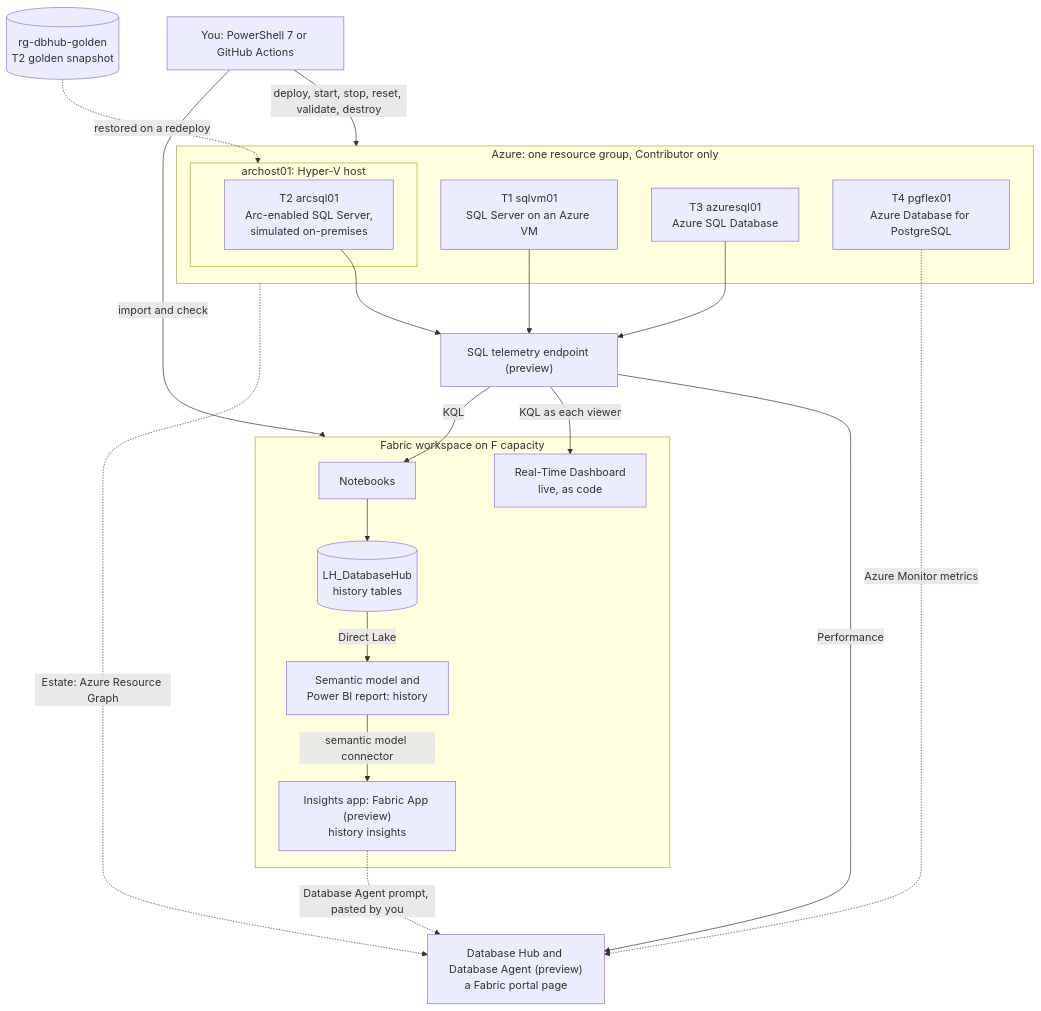
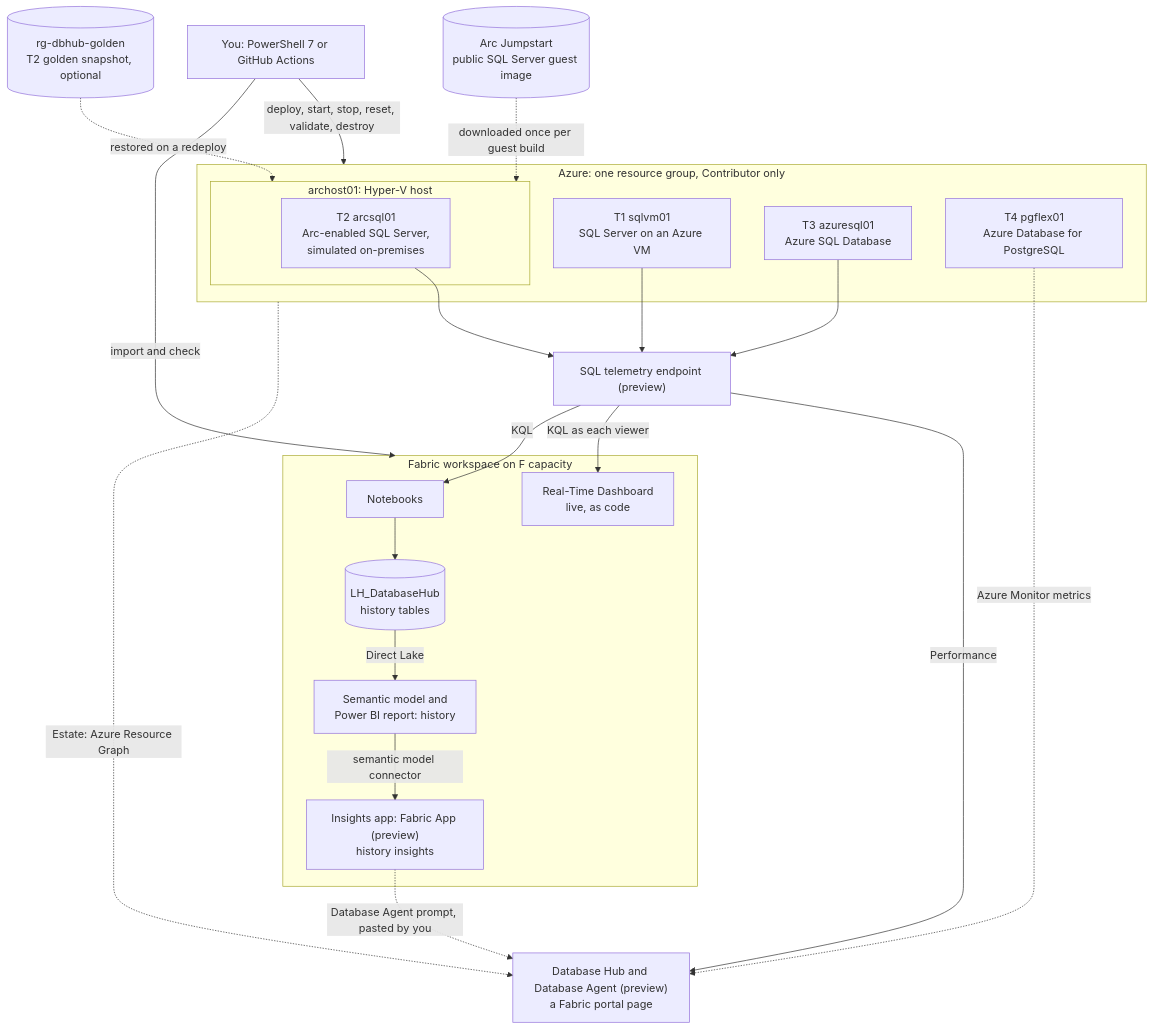
Before and after one commit to MarcBushong/fabric-database-hub-demo: the diagram in README.md, drawn with Mermaid. The commit also changed other lines of this file and 76 other files, not shown here.

````diff
--- a/README.md
+++ b/README.md
@@ -28,37 +28,39 @@
 ```mermaid
 flowchart TB
   OP["You: PowerShell 7 or GitHub Actions"]
   subgraph RG["Azure: one resource group, Contributor only"]
     T1["T1 sqlvm01<br/>SQL Server on an Azure VM"]
     subgraph HOST["archost01: Hyper-V host"]
       T2["T2 arcsql01<br/>Arc-enabled SQL Server,<br/>simulated on-premises"]
     end
     T3["T3 azuresql01<br/>Azure SQL Database"]
     T4["T4 pgflex01<br/>Azure Database for PostgreSQL"]
   end
-  GOLD[("rg-dbhub-golden<br/>T2 golden snapshot")]
+  GOLD[("rg-dbhub-golden<br/>T2 golden snapshot, optional")]
+  JS[("Arc Jumpstart<br/>public SQL Server guest image")]
   TEL["SQL telemetry endpoint (preview)"]
   HUB["Database Hub and Database Agent (preview)<br/>a Fabric portal page"]
   subgraph WS["Fabric workspace on F capacity"]
     NB["Notebooks"]
     LH[("LH_DatabaseHub<br/>history tables")]
     RTD["Real-Time Dashboard<br/>live, as code"]
     PBI["Semantic model and<br/>Power BI report: history"]
     APP["Insights app: Fabric App (preview)<br/>history insights"]
   end
   OP -- "deploy, start, stop, reset, validate, destroy" --> RG
   OP -- "import and check" --> WS
+  JS -. "downloaded once per guest build" .-> HOST
   GOLD -. "restored on a redeploy" .-> HOST
   T1 --> TEL
   T2 --> TEL
   T3 --> TEL
   RG -. "Estate: Azure Resource Graph" .-> HUB
   TEL -- "Performance" --> HUB
   T4 -. "Azure Monitor metrics" .-> HUB
   TEL -- "KQL as each viewer" --> RTD
   TEL -- "KQL" --> NB
   NB --> LH
   LH -- "Direct Lake" --> PBI
   PBI -- "semantic model connector" --> APP
   APP -. "Database Agent prompt, pasted by you" .-> HUB
 ```
````
